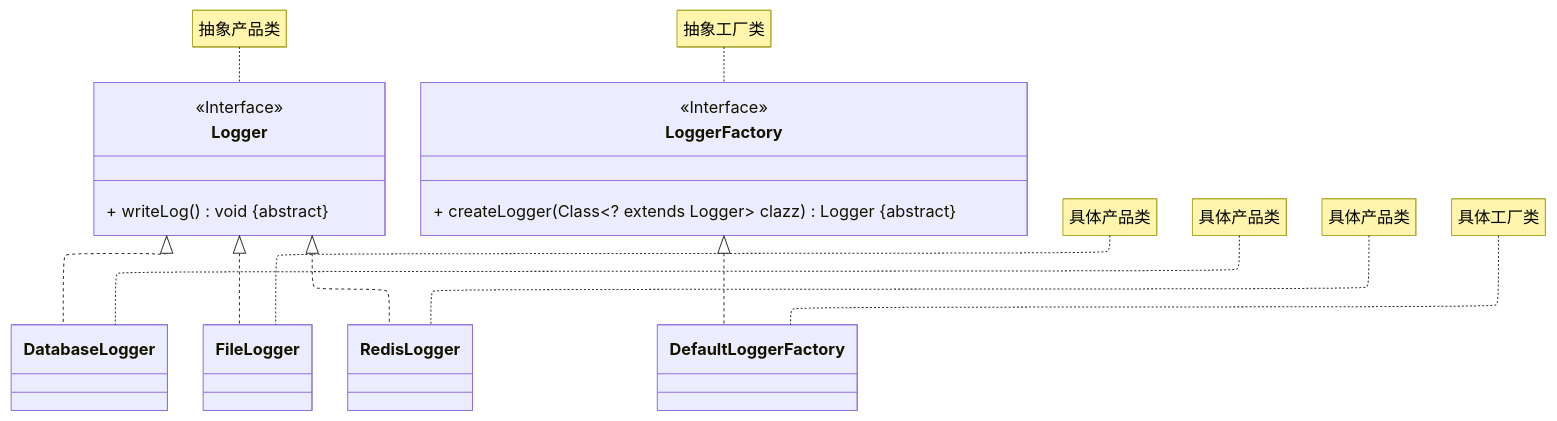
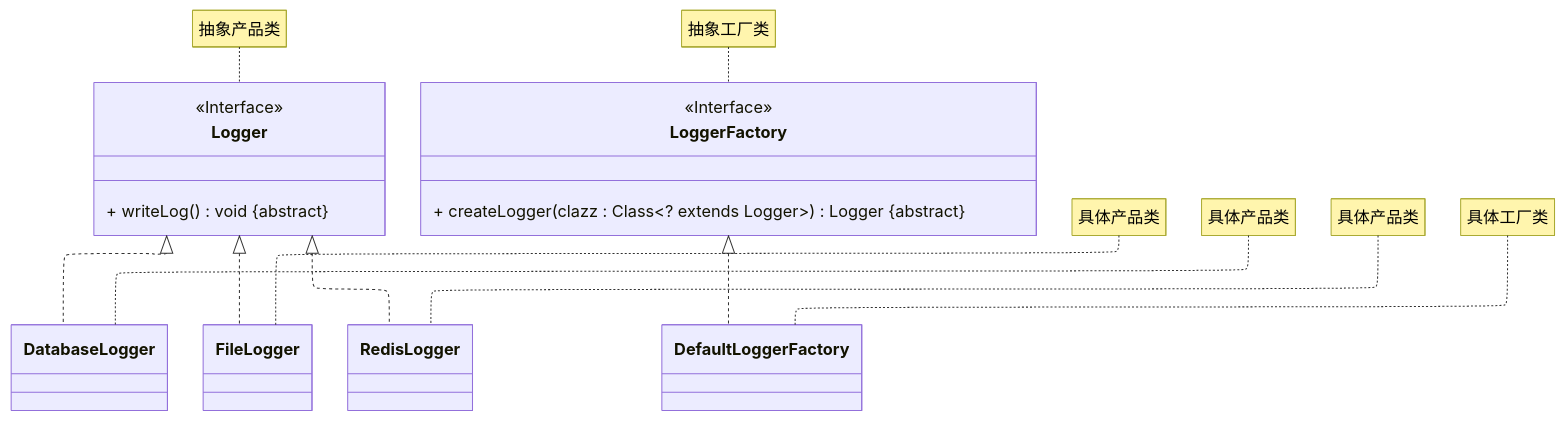
One commit to LoveC521/LearningCode changed the third of 3 diagrams in 软件工程/设计模式/03_工厂方法模式/Java/01_工厂方法模式/README.md. Above: the diagram before and after it, drawn with Mermaid. The commit also changed other lines of this file and 1 other file, not shown here.

Commit message:
修复 UML 图中错误的类型声明

````diff
--- a/软件工程/设计模式/03_工厂方法模式/Java/01_工厂方法模式/README.md
+++ b/软件工程/设计模式/03_工厂方法模式/Java/01_工厂方法模式/README.md
@@ -99,31 +99,31 @@
 ```mermaid
 ---
 config:
   layout: elk
 ---
 classDiagram
     class Logger {
         + writeLog() void #123;abstract#125;
     }
     <<Interface>> Logger
     class LoggerFactory {
-        + createLogger(Class&lt;? extends Logger&gt; clazz) Logger #123;abstract#125;
+        + createLogger(clazz : Class&lt;? extends Logger&gt; ) Logger #123;abstract#125;
     }
     <<Interface>> LoggerFactory
     class DatabaseLogger
     class FileLogger
     class RedisLogger
     class DefaultLoggerFactory
 
     Logger <|.. DatabaseLogger
     Logger <|.. FileLogger
     Logger <|.. RedisLogger
     LoggerFactory <|.. DefaultLoggerFactory
 
     note for Logger "抽象产品类"
     note for LoggerFactory "抽象工厂类"
     note for FileLogger "具体产品类"
     note for DatabaseLogger "具体产品类"
     note for RedisLogger "具体产品类"
     note for DefaultLoggerFactory "具体工厂类"
 ```
````
